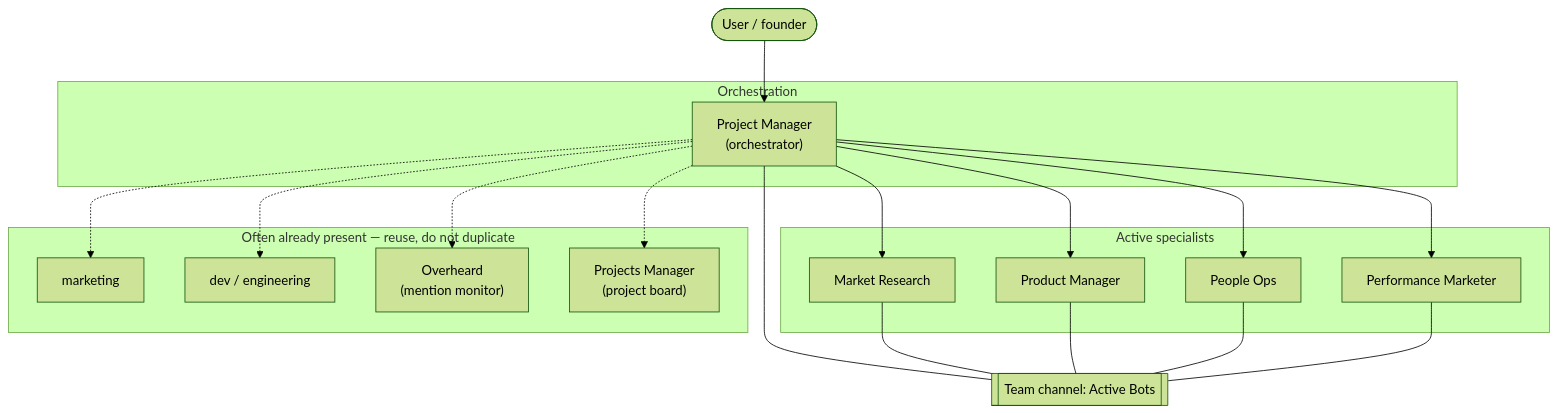
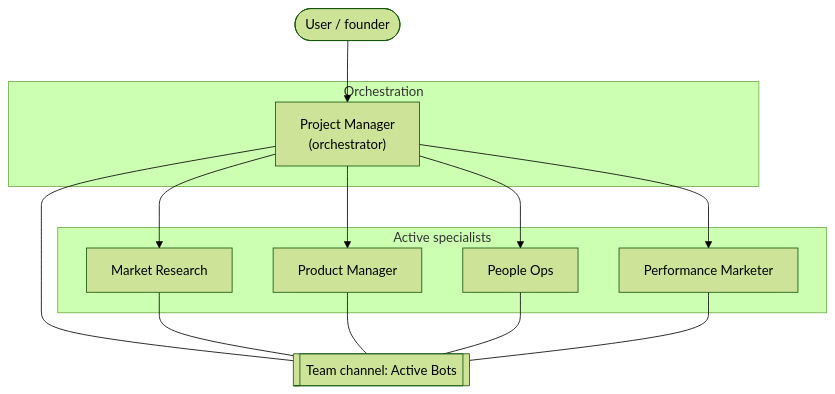
The diagram in charts/company-os/ORG_CHART.md (serenakeyitan/agent-org-chart), drawn with Mermaid (forest theme) before and after one commit. The commit also changed other lines of this file and 3 other files, not shown here.

First line of the commit message:
Strip non-livestream optional peers from company-os chart

````diff
--- a/charts/company-os/ORG_CHART.md
+++ b/charts/company-os/ORG_CHART.md
@@ -3,39 +5,28 @@
 ```mermaid
 flowchart TB
   User([User / founder])
 
   subgraph Orchestration
     PM["Project Manager<br/>(orchestrator)"]
   end
 
   subgraph Specialists["Active specialists"]
     MR["Market Research"]
     Prod["Product Manager"]
     PO["People Ops"]
     Perf["Performance Marketer"]
   end
 
-  subgraph Optional["Often already present — reuse, do not duplicate"]
-    Mkt["marketing"]
-    Dev["dev / engineering"]
-    OH["Overheard<br/>(mention monitor)"]
-    NPM["Projects Manager<br/>(project board)"]
-  end
-
   Channel[["Team channel: Active Bots"]]
 
   User --> PM
   PM --> MR
   PM --> Prod
   PM --> PO
   PM --> Perf
-  PM -.-> Mkt
-  PM -.-> Dev
-  PM -.-> OH
-  PM -.-> NPM
   PM --- Channel
   MR --- Channel
   Prod --- Channel
   PO --- Channel
   Perf --- Channel
 ```
````
